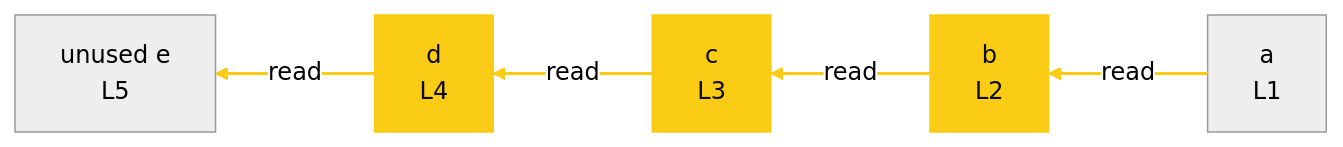
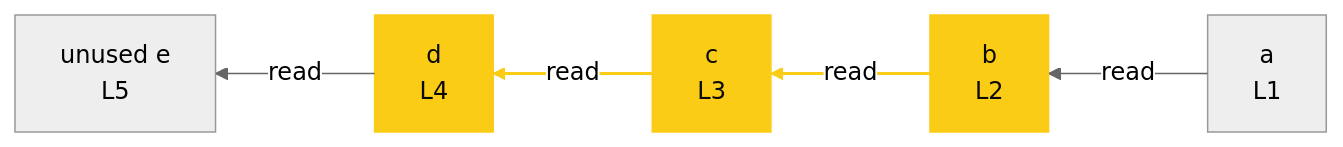
One commit to crescware/unsnarl changed the diagram in integration/fixtures/declaration/const/chain-five/highlight-b-d-path/preview.md. Above: the diagram before and after it, drawn with Mermaid (neutral theme). The commit also changed 21 other files, not shown here.

````diff
--- a/integration/fixtures/declaration/const/chain-five/highlight-b-d-path/preview.md
+++ b/integration/fixtures/declaration/const/chain-five/highlight-b-d-path/preview.md
@@ -21,17 +21,17 @@
 ```mermaid
 %%{init: {"flowchart": {"defaultRenderer": "elk"}}}%%
 flowchart RL
   n_scope_0_a_6["a<br/>L1"]
   n_scope_0_b_19["b<br/>L2"]
   n_scope_0_c_32["c<br/>L3"]
   n_scope_0_d_45["d<br/>L4"]
   n_scope_0_e_58["unused e<br/>L5"]
   n_scope_0_a_6 -->|read| n_scope_0_b_19
   n_scope_0_b_19 -->|read| n_scope_0_c_32
   n_scope_0_c_32 -->|read| n_scope_0_d_45
   n_scope_0_d_45 -->|read| n_scope_0_e_58
   style n_scope_0_b_19 fill:#facc15,stroke:#facc15,color:#0a0a0a;
   style n_scope_0_c_32 fill:#facc15,stroke:#facc15,color:#0a0a0a;
   style n_scope_0_d_45 fill:#facc15,stroke:#facc15,color:#0a0a0a;
-  linkStyle 0,1,2,3 stroke:#facc15,stroke-width:2px;
+  linkStyle 1,2 stroke:#facc15,stroke-width:2px;
 ```
````
